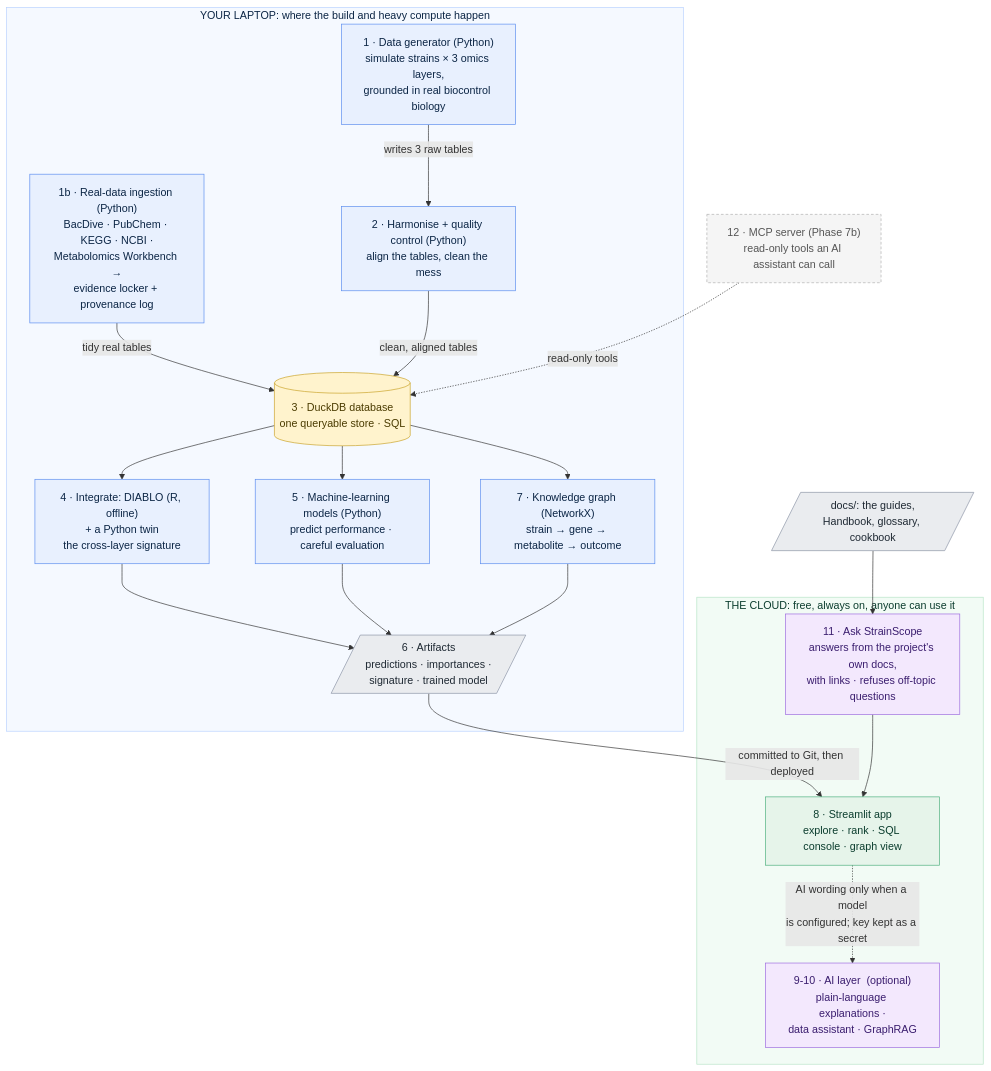
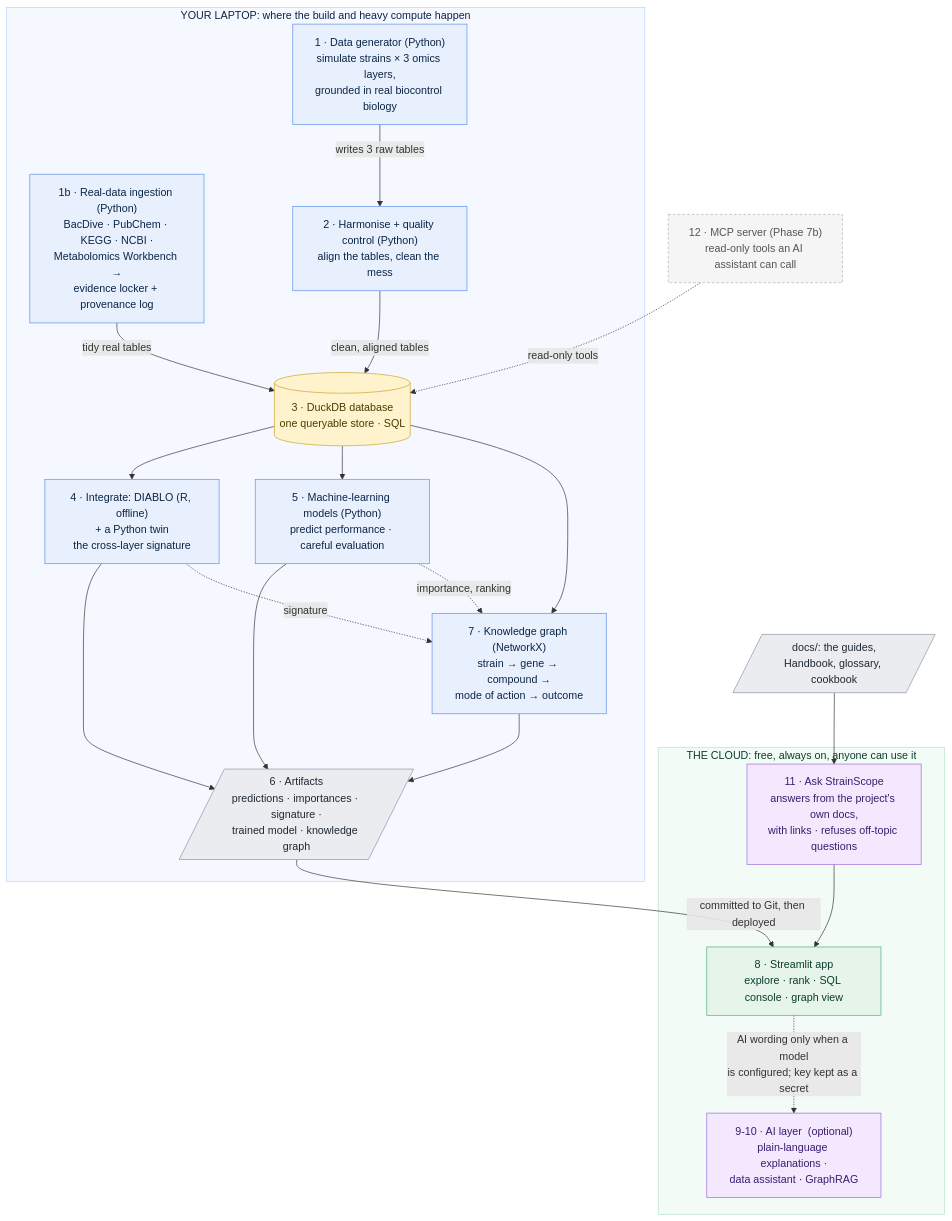
Before and after one commit to akannan2987/strainscope: the diagram in docs/00-architecture.md, drawn with Mermaid. The commit also changed other lines of this file and 38 other files, not shown here.

Commit message:
feat: add the knowledge graph with ontology, sourced edges, communities and explanations

````diff
--- a/docs/00-architecture.md
+++ b/docs/00-architecture.md
@@ -64,51 +64,53 @@
 ```mermaid
 flowchart TD
     subgraph LAPTOP["YOUR LAPTOP: where the build and heavy compute happen"]
         A["1 · Data generator (Python)<br/>simulate strains × 3 omics layers,<br/>grounded in real biocontrol biology"]
         R["1b · Real-data ingestion (Python)<br/>BacDive · PubChem · KEGG · NCBI ·<br/>Metabolomics Workbench →<br/>evidence locker + provenance log"]
         B["2 · Harmonise + quality control (Python)<br/>align the tables, clean the mess"]
         C[("3 · DuckDB database<br/>one queryable store · SQL")]
         D["4 · Integrate: DIABLO (R, offline)<br/>+ a Python twin<br/>the cross-layer signature"]
         E["5 · Machine-learning models (Python)<br/>predict performance · careful evaluation"]
-        F["7 · Knowledge graph (NetworkX)<br/>strain → gene → metabolite → outcome"]
-        G[/"6 · Artifacts<br/>predictions · importances ·<br/>signature · trained model"/]
+        F["7 · Knowledge graph (NetworkX)<br/>strain → gene → compound →<br/>mode of action → outcome"]
+        G[/"6 · Artifacts<br/>predictions · importances · signature ·<br/>trained model · knowledge graph"/]
     end
     subgraph CLOUD["THE CLOUD: free, always on, anyone can use it"]
         H["8 · Streamlit app<br/>explore · rank · SQL console · graph view"]
         I["9-10 · AI layer  (optional)<br/>plain-language explanations ·<br/>data assistant · GraphRAG"]
         Q["11 · Ask StrainScope<br/>answers from the project's own docs,<br/>with links · refuses off-topic questions"]
     end
     M["12 · MCP server (Phase 7b)<br/>read-only tools an AI assistant can call"]
     DOCS[/"docs/: the guides,<br/>Handbook, glossary, cookbook"/]
 
     A -->|writes 3 raw tables| B
     R -->|tidy real tables| C
     B -->|clean, aligned tables| C
     C --> D
     C --> E
     C --> F
     D --> G
     E --> G
+    D -.->|signature| F
+    E -.->|importance, ranking| F
     F --> G
     G -->|committed to Git, then deployed| H
     H -.->|AI wording only when a model<br/>is configured; key kept as a secret| I
     DOCS --> Q
     Q --> H
     M -.->|read-only tools| C
 
     classDef laptop fill:#E8F0FE,stroke:#5B8DEF,color:#0B2545;
     classDef store fill:#FFF3CD,stroke:#C9A227,color:#4A3B00;
     classDef artifact fill:#EAECEF,stroke:#8A94A6,color:#1F2933;
     classDef cloud fill:#E6F4EA,stroke:#4CAF7D,color:#0B3D2E;
     classDef ai fill:#F3E8FD,stroke:#9C6ADE,color:#3A1D6E;
     classDef roadmap fill:#F5F5F5,stroke:#B0B0B0,color:#555555,stroke-dasharray:4 3;
     class A,B,D,E,F,R laptop
     class C store
     class G artifact
     class H cloud
     class I,Q ai
     class DOCS artifact
     class M roadmap
     style LAPTOP fill:#F5F9FF,stroke:#B9D2FF,color:#0B2545
     style CLOUD fill:#F2FBF5,stroke:#B7E4C7,color:#0B3D2E
 ```
````
